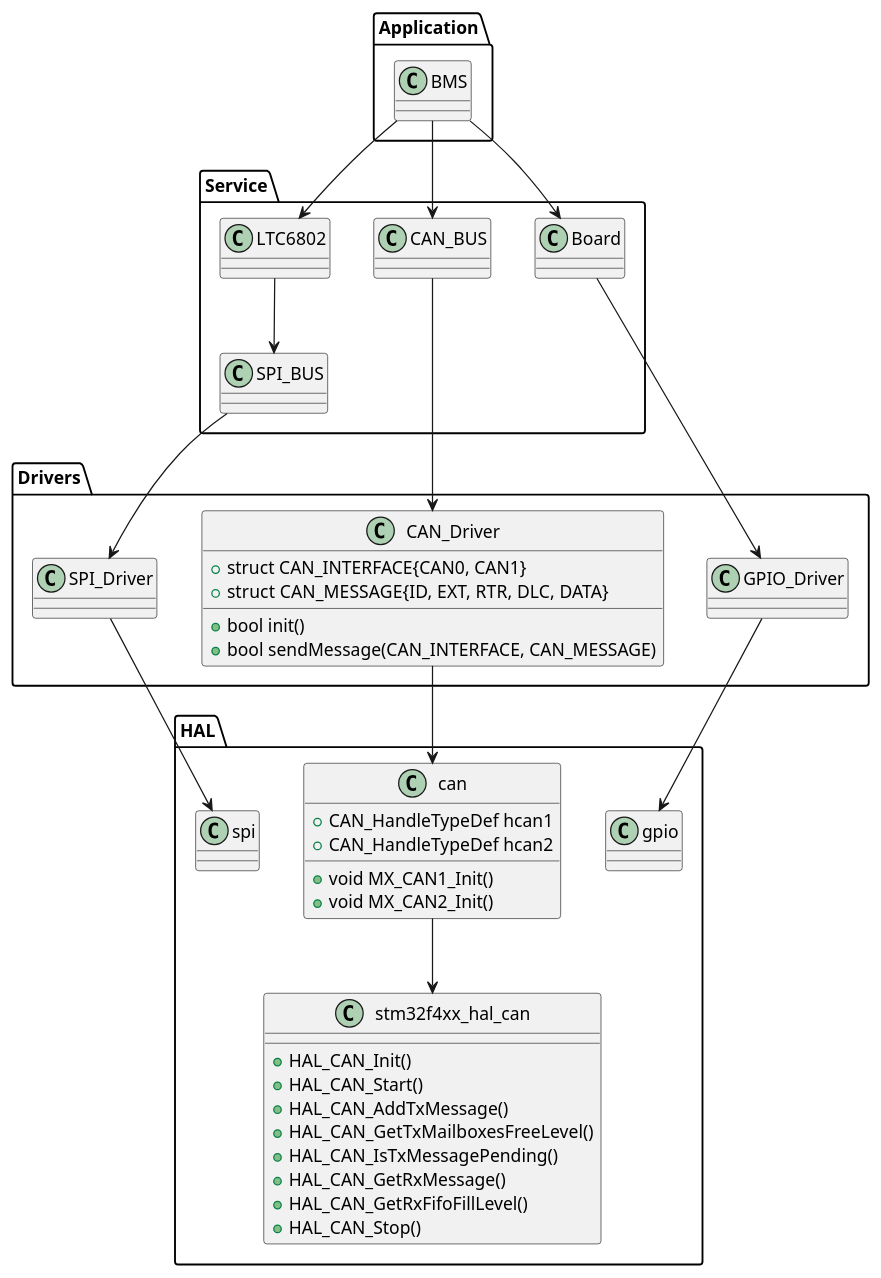
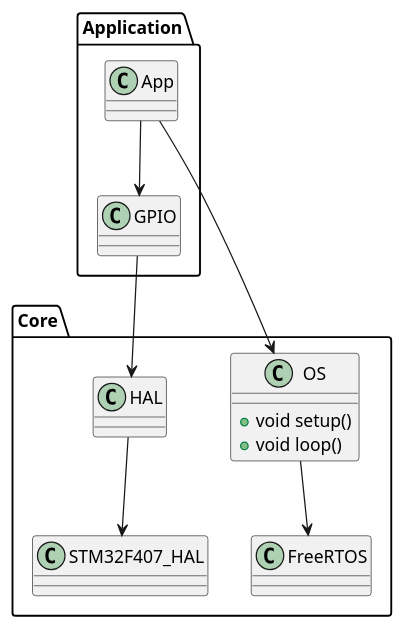
Before and after one commit to gabryelreyes/STMBasisSoftware: the diagram in doc/Architecture/Overview.puml, drawn with PlantUML.

Commit message:
Updated basic architecture

```diff
--- a/doc/Architecture/Overview.puml
+++ b/doc/Architecture/Overview.puml
@@ -1,65 +1,25 @@
 @startuml Architecture Overview
 
 
 package Application {
-    class BMS
+    class GPIO
+    class App
 }
 
-package Service {
-    class LTC6802
-    class SPI_BUS
-    class CAN_BUS
-    class Board
+package Core {
+   class HAL
+   class OS {
+    + void setup()
+    + void loop()
+   }
+   class FreeRTOS
+   class STM32F407_HAL
+
+   OS --> FreeRTOS
+   HAL --> STM32F407_HAL
 }
 
-package Drivers {
-    class CAN_Driver {
-        + bool init()
-        + struct CAN_INTERFACE{CAN0, CAN1}
-        + struct CAN_MESSAGE{ID, EXT, RTR, DLC, DATA}
-        + bool sendMessage(CAN_INTERFACE, CAN_MESSAGE)
-    }
-    class SPI_Driver
-    class GPIO_Driver
-}
-
-package HAL {
-    class can {
-        + CAN_HandleTypeDef hcan1
-        + CAN_HandleTypeDef hcan2
-        + void MX_CAN1_Init()
-        + void MX_CAN2_Init()
-    }
-
-    class stm32f4xx_hal_can {
-        + HAL_CAN_Init()
-        + HAL_CAN_Start()
-        + HAL_CAN_AddTxMessage()
-        + HAL_CAN_GetTxMailboxesFreeLevel()
-        + HAL_CAN_IsTxMessagePending()
-        + HAL_CAN_GetRxMessage()
-        + HAL_CAN_GetRxFifoFillLevel()
-        + HAL_CAN_Stop()
-    }
-
-    class gpio
-    class spi
-}
-
-BMS --> CAN_BUS
-CAN_BUS --> CAN_Driver
-CAN_Driver --> can
-can --> stm32f4xx_hal_can
-
-BMS --> LTC6802
-LTC6802 --> SPI_BUS
-SPI_BUS --> SPI_Driver
-SPI_Driver --> spi
-
-BMS --> Board
-Board --> GPIO_Driver
-GPIO_Driver --> gpio
-
-
-
+GPIO --> HAL
+App --> GPIO
+App --> OS
 @enduml
```
